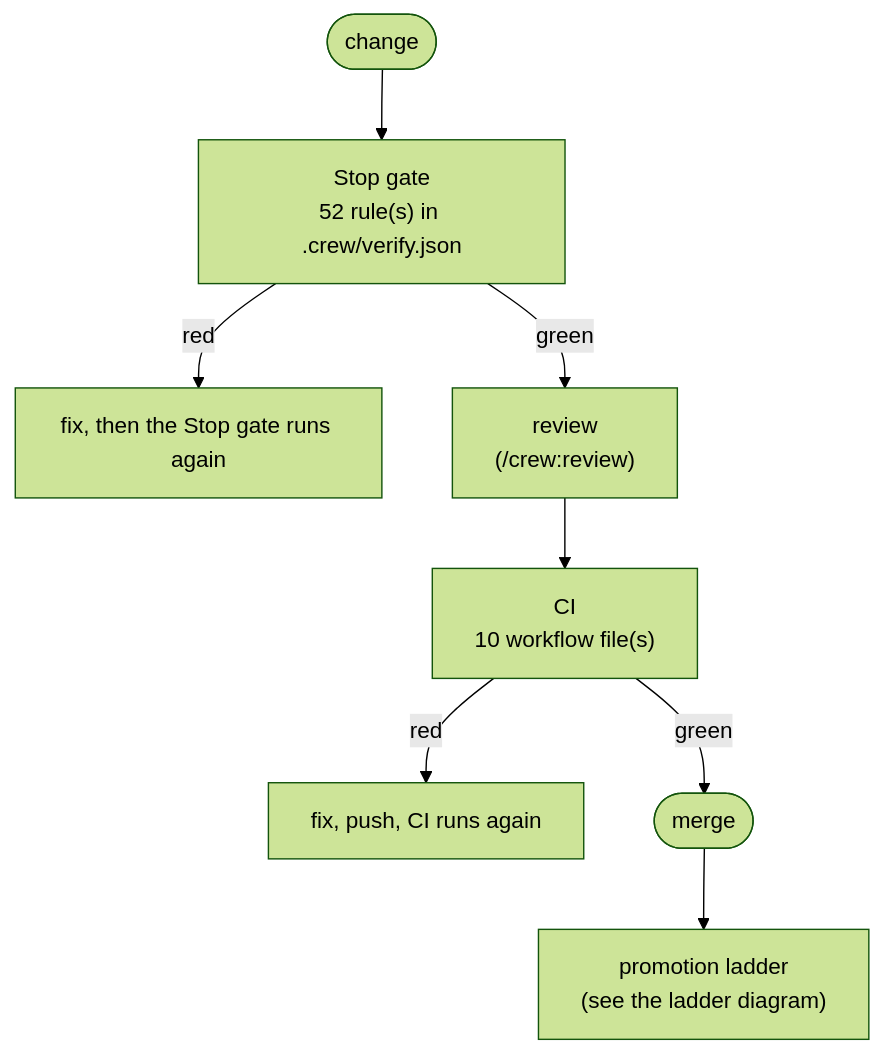
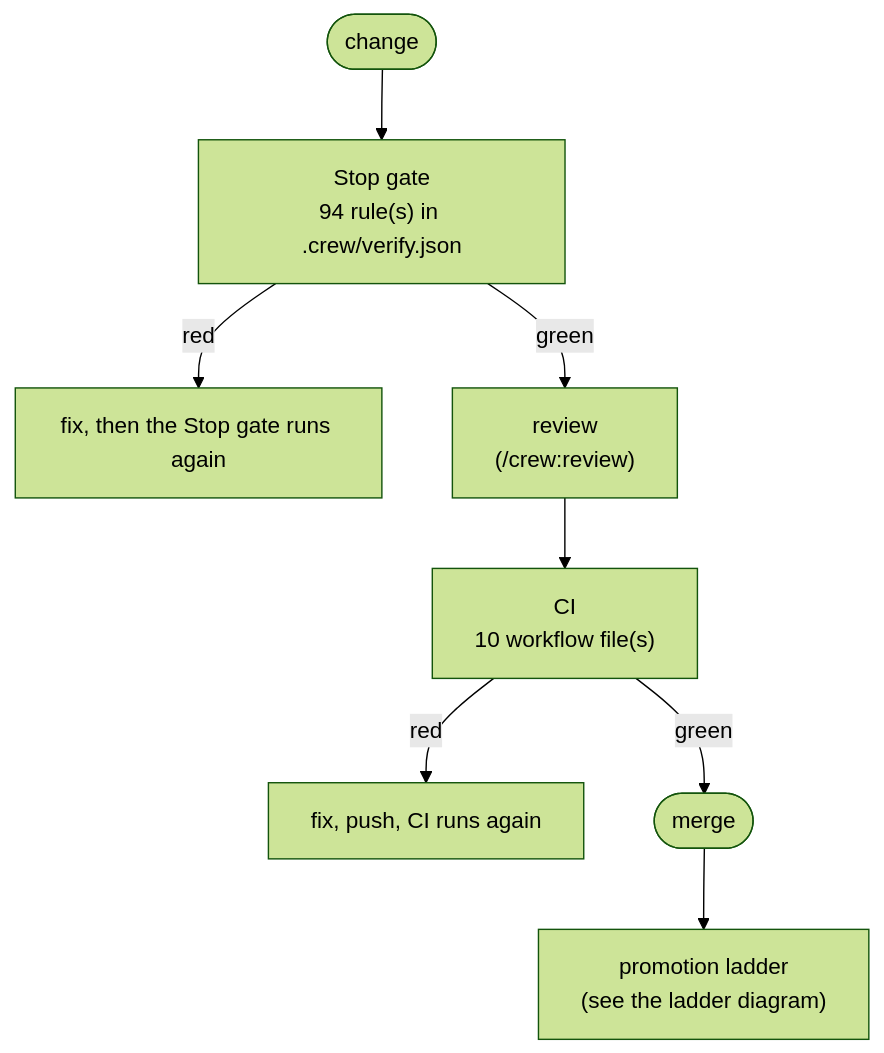
Before and after one commit to mbadali25/useful-claude-add-ons: diagram 35 of 37 in docs/diagrams/README.md, drawn with Mermaid (forest theme). The commit also changed other lines of this file and 11 other files, not shown here.

First line of the commit message:
L-0713 follow-up: refresh the diagrams /crew:done named stale

````diff
--- a/docs/diagrams/README.md
+++ b/docs/diagrams/README.md
@@ -1295,11 +1297,11 @@
 ```mermaid
 flowchart TD
-  edit(["change"]) --> stop["Stop gate<br/>52 rule(s) in .crew/verify.json"]
+  edit(["change"]) --> stop["Stop gate<br/>94 rule(s) in .crew/verify.json"]
   stop -->|red| fix1["fix, then the Stop gate runs again"]
   stop -->|green| review["review<br/>(/crew:review)"]
   review --> ci["CI<br/>10 workflow file(s)"]
   ci -->|red| fix2["fix, push, CI runs again"]
   ci -->|green| merge(["merge"])
   merge --> ladder["promotion ladder<br/>(see the ladder diagram)"]
   classDef gap stroke:#c0392b,stroke-width:2px,stroke-dasharray:4 3
 ```
````
